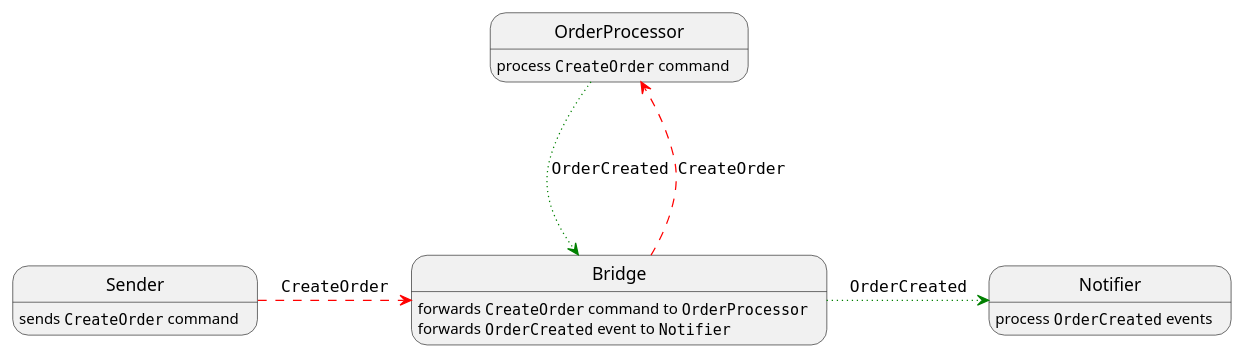
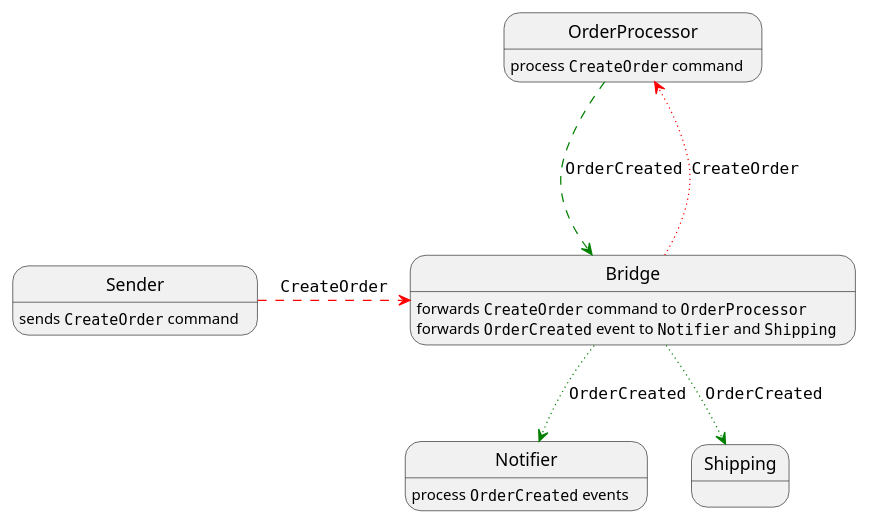
Before and after one commit to rioka/NsbBridgePlayground: the second of 2 diagrams in README.md, drawn with PlantUML. The commit also changed other lines of this file, not shown here.

````diff
--- a/README.md
+++ b/README.md
@@ -28,19 +30,20 @@
 ```puml
 @startuml
 
 Sender: sends ""CreateOrder"" command
 
 Bridge: forwards ""CreateOrder"" command to ""OrderProcessor""
-Bridge: forwards ""OrderCreated"" event to ""Notifier""
+Bridge: forwards ""OrderCreated"" event to ""Notifier"" and ""Shipping""
 
-Bridge -[#red,dashed]--> OrderProcessor : ""CreateOrder""  
+Bridge -[#red,dotted]--> OrderProcessor : ""CreateOrder""  
 
 Sender -[#red,dashed]> Bridge : ""CreateOrder""
 
 OrderProcessor: process ""CreateOrder"" command
 
 Notifier: process ""OrderCreated"" events
 
-OrderProcessor -[#green,dotted]> Bridge : ""OrderCreated""
-Bridge -[#green,dotted]> Notifier : ""OrderCreated""
+OrderProcessor -[#green,dashed]> Bridge : ""OrderCreated""
+Bridge -[#green,dotted]-> Notifier : ""OrderCreated""
+Bridge -[#green,dotted]-> Shipping : ""OrderCreated""
 ```
````
